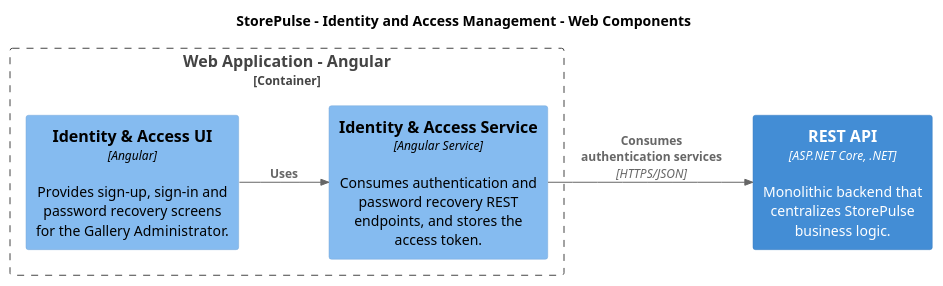
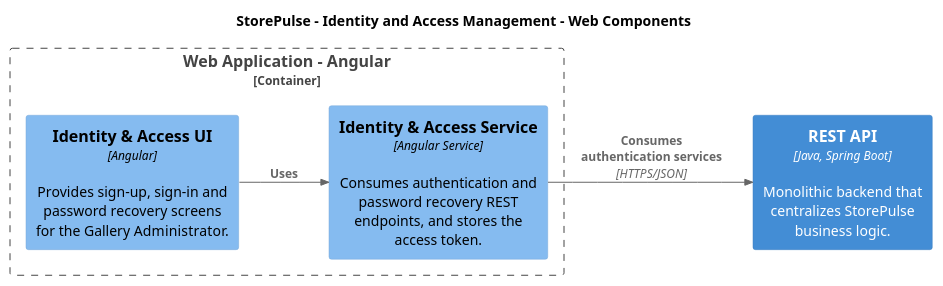
One commit to VanguardTechIot/storepulse-report changed the diagram in assets/architecture/identity-and-access-management/01-iam-web-component.puml. Above: the diagram before and after it, drawn with PlantUML. The commit also changed 33 other files, not shown here.

Commit message:
docs(architecture): replace dotnet references with spring boot

```diff
--- a/assets/architecture/identity-and-access-management/01-iam-web-component.puml
+++ b/assets/architecture/identity-and-access-management/01-iam-web-component.puml
@@ -1,25 +1,25 @@
 @startuml storepulse-iam-web-component
 
 !include https://raw.githubusercontent.com/plantuml-stdlib/C4-PlantUML/master/C4_Component.puml
 
 LAYOUT_LEFT_RIGHT()
 HIDE_STEREOTYPE()
 skinparam shadowing false
 skinparam defaultFontName Arial
 
 title StorePulse - Identity and Access Management - Web Components
 
 Container_Boundary(webApp, "Web Application - Angular") {
 
     Component(iamWebUI, "Identity & Access UI", "Angular", "Provides sign-up, sign-in and password recovery screens for the Gallery Administrator.")
 
     Component(iamWebService, "Identity & Access Service", "Angular Service", "Consumes authentication and password recovery REST endpoints, and stores the access token.")
 }
 
-Container(restApi, "REST API", "ASP.NET Core, .NET", "Monolithic backend that centralizes StorePulse business logic.")
+Container(restApi, "REST API", "Java, Spring Boot", "Monolithic backend that centralizes StorePulse business logic.")
 
 Rel(iamWebUI, iamWebService, "Uses")
 
 Rel(iamWebService, restApi, "Consumes authentication services", "HTTPS/JSON")
 
 @enduml
```
